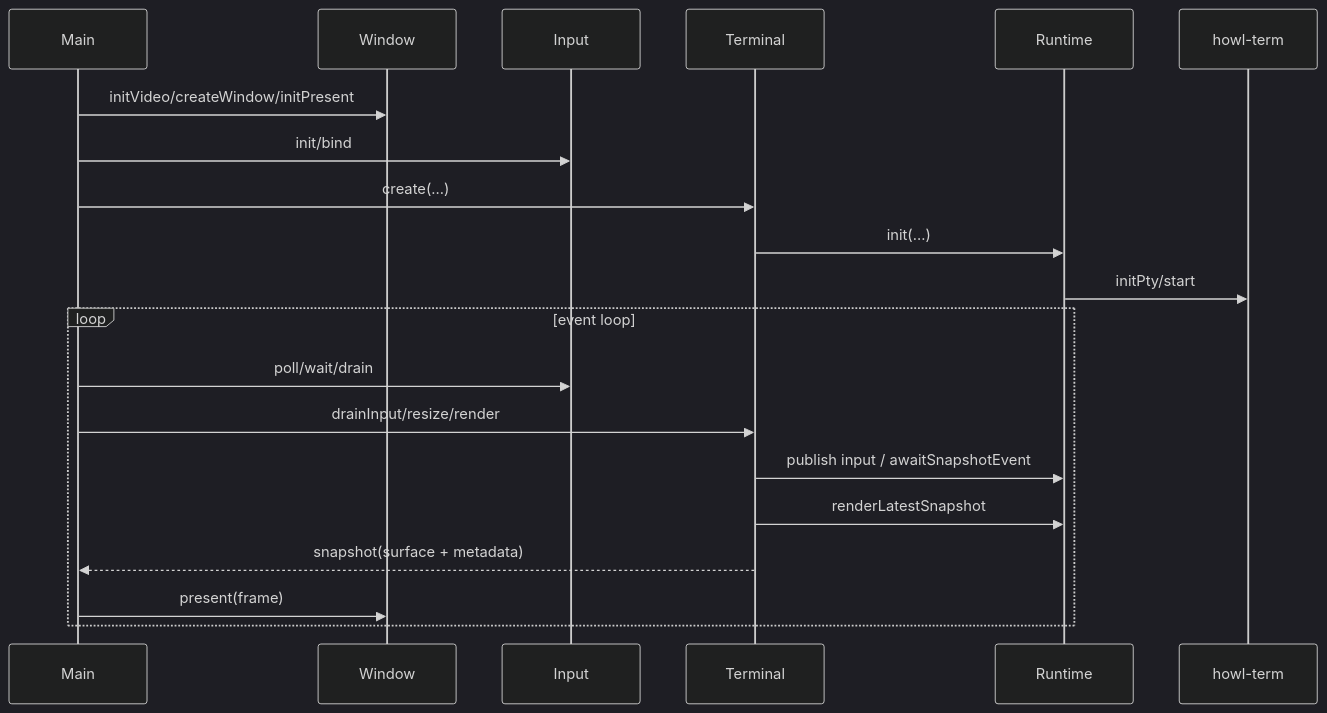
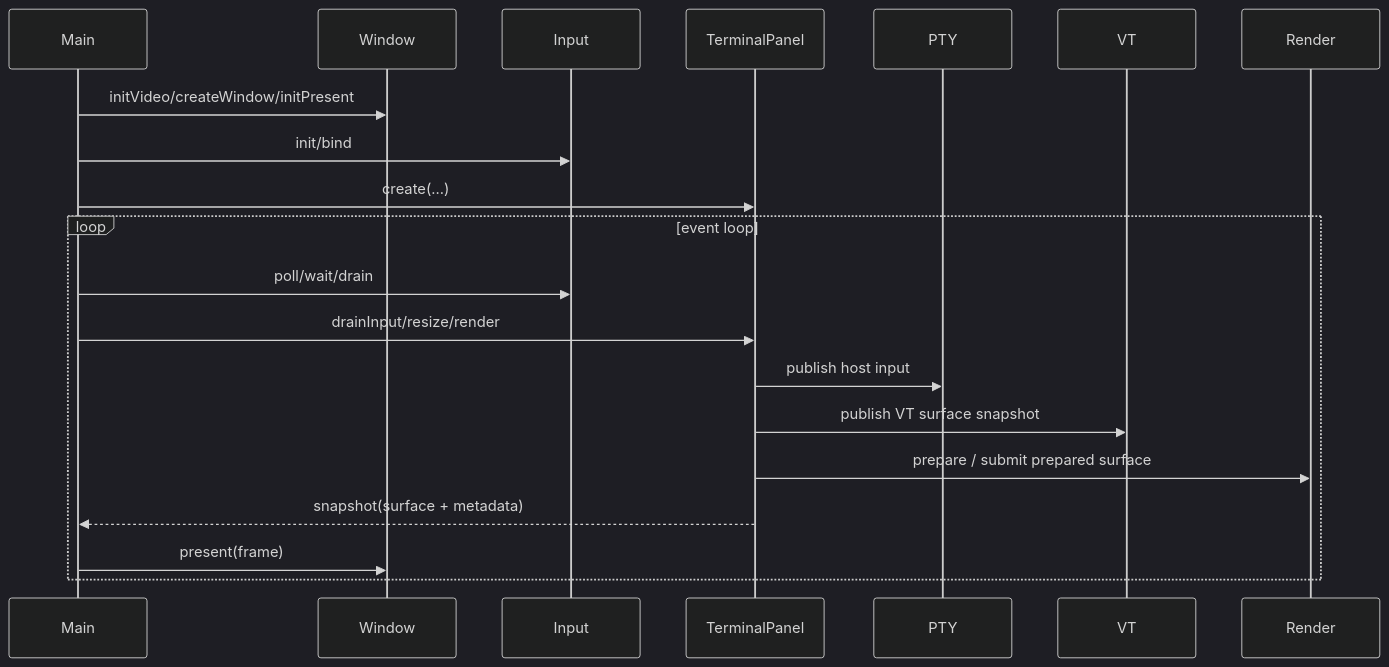
One commit to LaurenceGuws/howl-linux-host changed the third of 3 diagrams in design.md. Above: the diagram before and after it, drawn with Mermaid (dark theme). The commit also changed other lines of this file and 16 other files, not shown here.

Commit message:
host: fold terminal panel into seam owners

````diff
--- a/design.md
+++ b/design.md
@@ -66,23 +67,23 @@
 ```mermaid
 sequenceDiagram
     participant Main
     participant W as Window
     participant I as Input
-    participant T as Terminal
-    participant R as Runtime
-    participant C as howl-term
+    participant T as TerminalPanel
+    participant P as PTY
+    participant V as VT
+    participant R as Render
 
     Main->>W: initVideo/createWindow/initPresent
     Main->>I: init/bind
     Main->>T: create(...)
-    T->>R: init(...)
-    R->>C: initPty/start
     loop event loop
         Main->>I: poll/wait/drain
         Main->>T: drainInput/resize/render
-        T->>R: publish input / awaitSnapshotEvent
-        T->>R: renderLatestSnapshot
+        T->>P: publish host input
+        T->>V: publish VT surface snapshot
+        T->>R: prepare / submit prepared surface
         T-->>Main: snapshot(surface + metadata)
         Main->>W: present(frame)
     end
 ```
````
